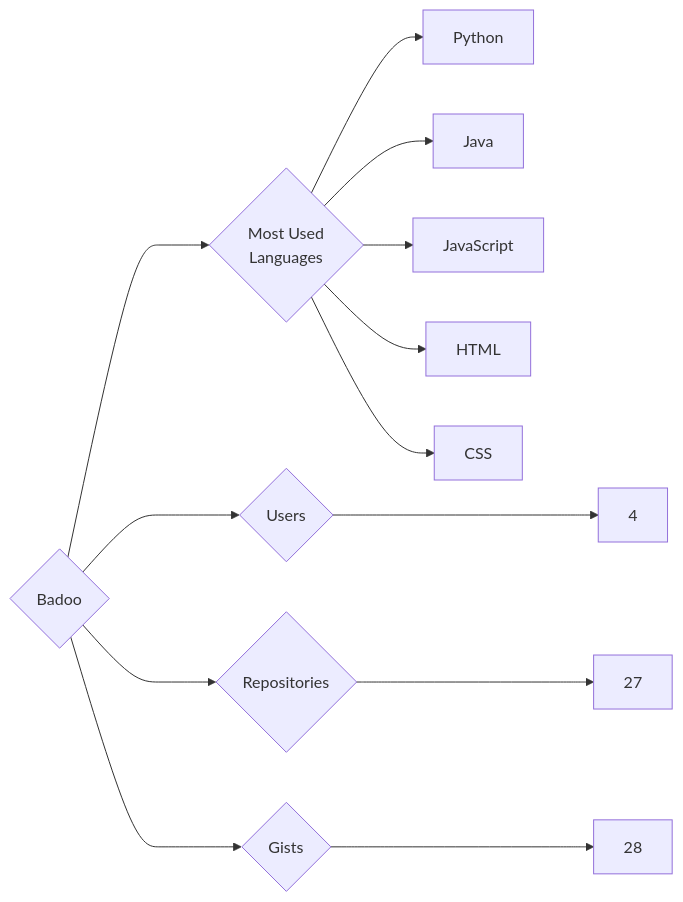
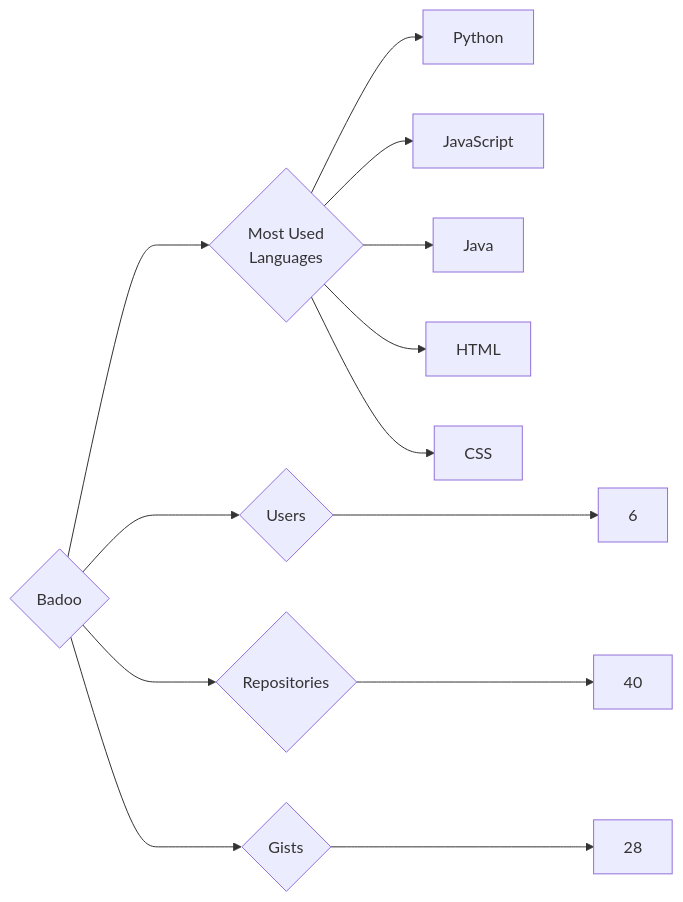
One commit to trickest/insiders changed the diagram in targets/Badoo/README.md. Above: the diagram before and after it, drawn with Mermaid. The commit also changed 783 other files, not shown here.

````diff
--- a/targets/Badoo/README.md
+++ b/targets/Badoo/README.md
@@ -3,13 +3,13 @@
 ```mermaid
 graph LR
 COMPANY_NAME{Badoo}
-COMPANY_NAME ---> U{Users} ---> UN[4]
-COMPANY_NAME ---> R{Repositories} ---> RN[27]
+COMPANY_NAME ---> U{Users} ---> UN[6]
+COMPANY_NAME ---> R{Repositories} ---> RN[40]
 COMPANY_NAME ---> G{Gists} ---> GN[28]
 COMPANY_NAME ---> ML{Most Used<br>Languages}
 ML --> Python[Python]
+ML --> JavaScript[JavaScript]
 ML --> Java[Java]
-ML --> JavaScript[JavaScript]
 ML --> HTML[HTML]
 ML --> CSS[CSS]
 ```
````
